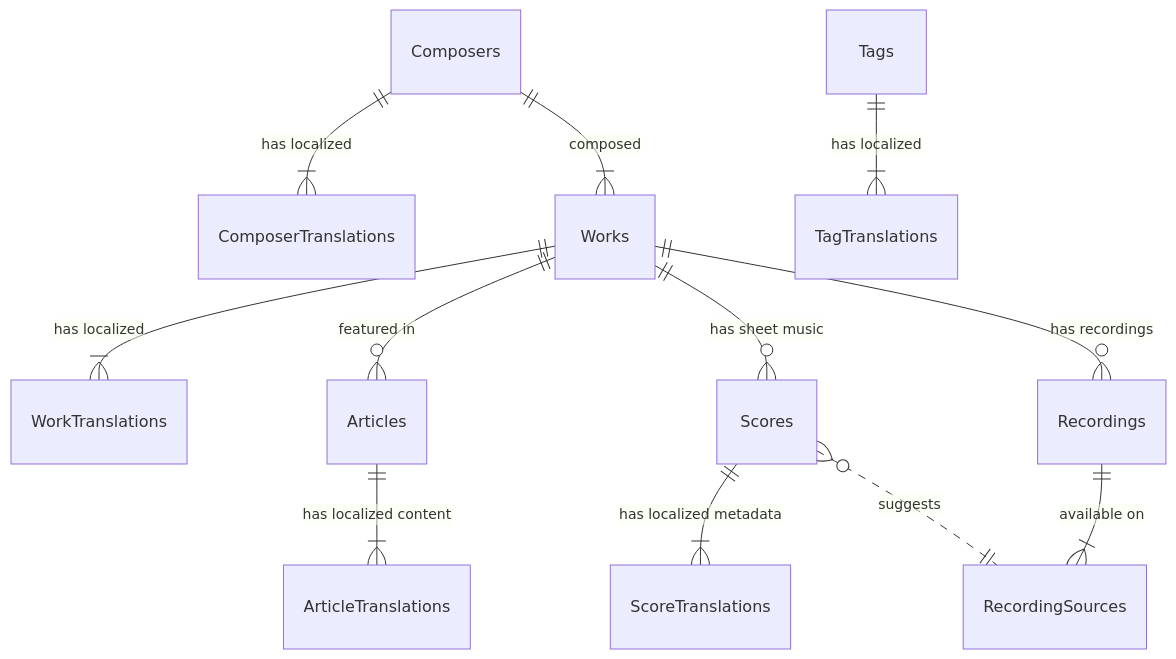
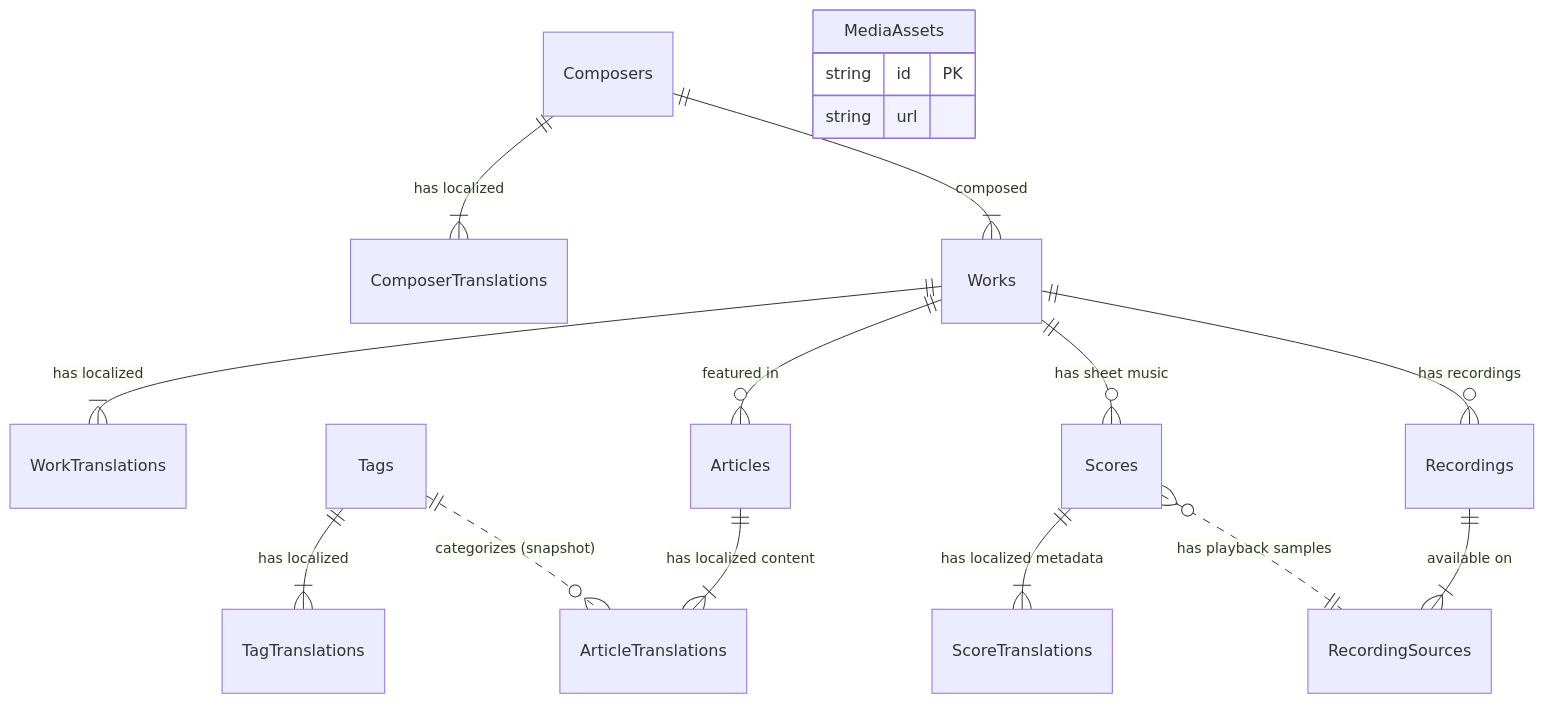
The first of 3 diagrams in docs/05_design/database-schema.md (preludio-lab/preludio-lab), drawn with Mermaid before and after one commit.

Commit message:
docs(db): ER図のブラッシュアップ（media_assets追加、関連ラベル修正、スナップショット関連の明示）

````diff
--- a/docs/05_design/database-schema.md
+++ b/docs/05_design/database-schema.md
@@ -54,21 +54,24 @@
 ```mermaid
 erDiagram
     %% Masters (Reference)
     Composers ||--|{ ComposerTranslations : "has localized"
     Composers ||--|{ Works : "composed"
     Works ||--|{ WorkTranslations : "has localized"
+    Tags ||--|{ TagTranslations : "has localized"
+    MediaAssets {
+        string id PK
+        string url
+    }
 
     %% Application Core (Zero-JOIN)
     Works ||--o{ Articles : "featured in"
     Articles ||--|{ ArticleTranslations : "has localized content"
+    Tags ||..o{ ArticleTranslations : "categorizes (snapshot)"
 
-    %% Shared Assets
+    %% Multimedia Assets
     Works ||--o{ Scores : "has sheet music"
     Scores ||--|{ ScoreTranslations : "has localized metadata"
-    Scores }o..|| RecordingSources : "suggests"
+    Scores }o..|| RecordingSources : "has playback samples"
     Works ||--o{ Recordings : "has recordings"
     Recordings ||--|{ RecordingSources : "available on"
-
-    %% Taxonomy
-    Tags ||--|{ TagTranslations : "has localized"
 ```
````
